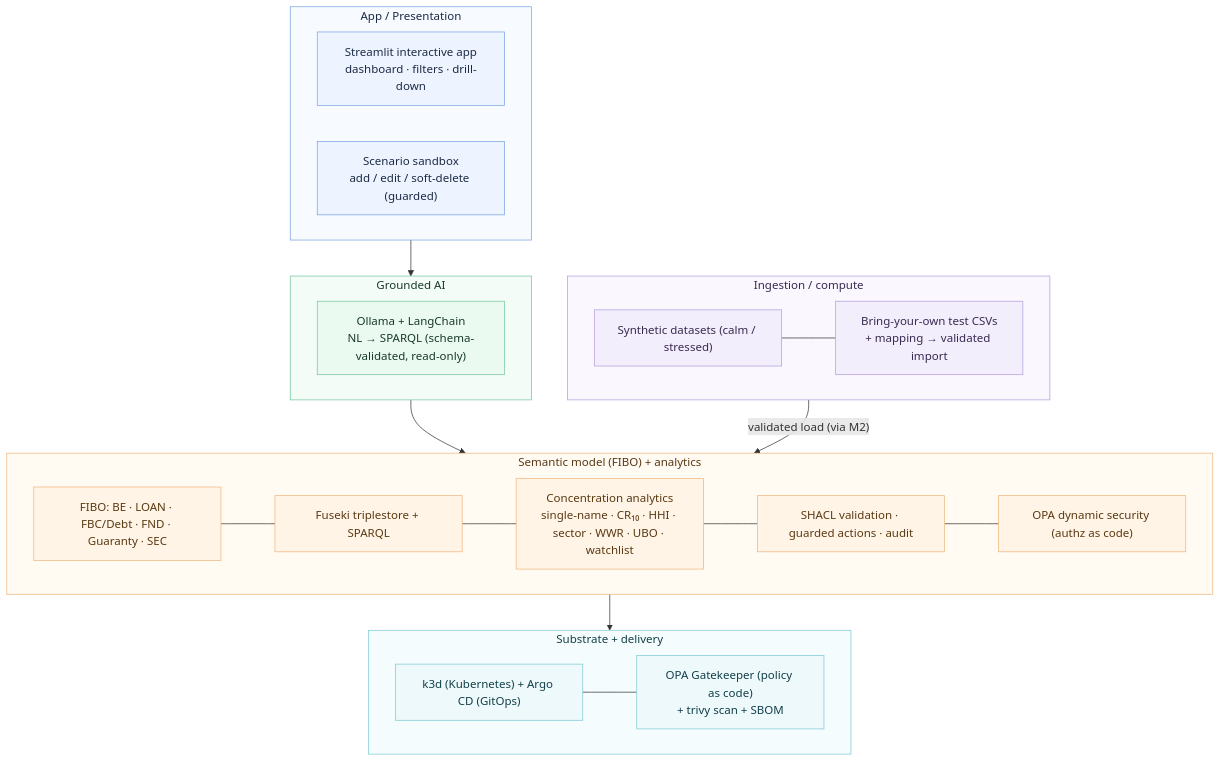
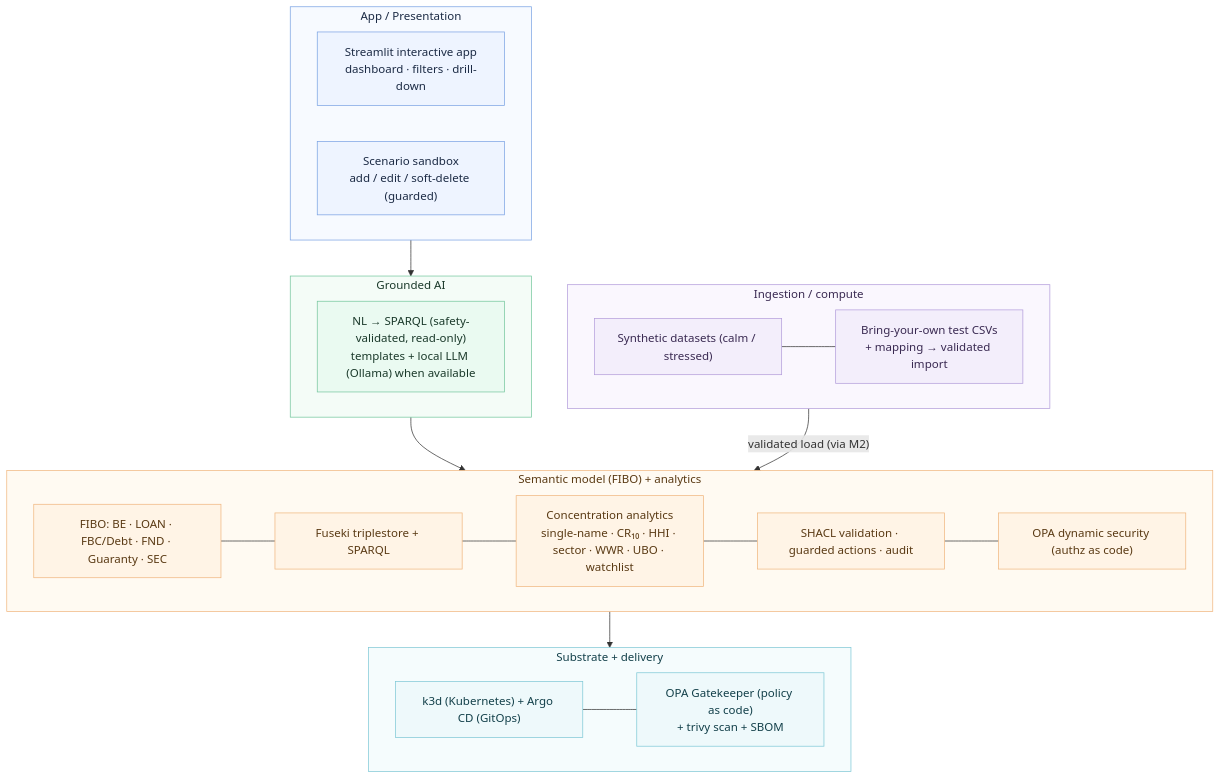
The second of 4 diagrams in docs/architecture.md (jaricsng/counterparty-concentration-lens), drawn with Mermaid before and after one commit. The commit also changed other lines of this file and 3 other files, not shown here.

````diff
--- a/docs/architecture.md
+++ b/docs/architecture.md
@@ -69,48 +69,48 @@
 ```mermaid
 flowchart TB
     subgraph APP["App / Presentation"]
         A1["Streamlit interactive app<br/>dashboard · filters · drill-down"]
         A2["Scenario sandbox<br/>add / edit / soft-delete (guarded)"]
     end
     subgraph AI["Grounded AI"]
-        I1["Ollama + LangChain<br/>NL → SPARQL (schema-validated, read-only)"]
+        I1["NL → SPARQL (safety-validated, read-only)<br/>templates + local LLM (Ollama) when available"]
     end
     subgraph ONT["Semantic model (FIBO) + analytics"]
         O1["FIBO: BE · LOAN · FBC/Debt · FND · Guaranty · SEC"]
         O2["Fuseki triplestore + SPARQL"]
         O5["Concentration analytics<br/>single-name · CR₁₀ · HHI · sector · WWR · UBO · watchlist"]
         O3["SHACL validation · guarded actions · audit"]
         O4["OPA dynamic security (authz as code)"]
         O1 --- O2 --- O5 --- O3 --- O4
     end
     subgraph COMPUTE["Ingestion / compute"]
         C1["Synthetic datasets (calm / stressed)"]
         C2["Bring-your-own test CSVs<br/>+ mapping → validated import"]
         C1 --- C2
     end
     subgraph INFRA["Substrate + delivery"]
         R1["k3d (Kubernetes) + Argo CD (GitOps)"]
         R2["OPA Gatekeeper (policy as code)<br/>+ trivy scan + SBOM"]
         R1 --- R2
     end
 
     APP --> AI --> ONT
     COMPUTE -->|"validated load (via M2)"| ONT
     ONT --> INFRA
 
     classDef app fill:#eef4ff,stroke:#7aa2e3,color:#1c2b45;
     classDef ai fill:#eafaf1,stroke:#74c69d,color:#1b3a2b;
     classDef ont fill:#fff4e6,stroke:#f0b67f,color:#5a3a14;
     classDef compute fill:#f3eefb,stroke:#b39ddb,color:#3a2a52;
     classDef infra fill:#eef9fb,stroke:#7ec8d6,color:#13404a;
     class A1,A2 app;
     class I1 ai;
     class O1,O2,O3,O4,O5 ont;
     class C1,C2 compute;
     class R1,R2 infra;
     style APP fill:#f7faff,stroke:#7aa2e3,color:#1c2b45;
     style AI fill:#f4fcf7,stroke:#74c69d,color:#1b3a2b;
     style ONT fill:#fffaf2,stroke:#f0b67f,color:#5a3a14;
     style COMPUTE fill:#faf7fe,stroke:#b39ddb,color:#3a2a52;
     style INFRA fill:#f5fcfd,stroke:#7ec8d6,color:#13404a;
 ```
````
